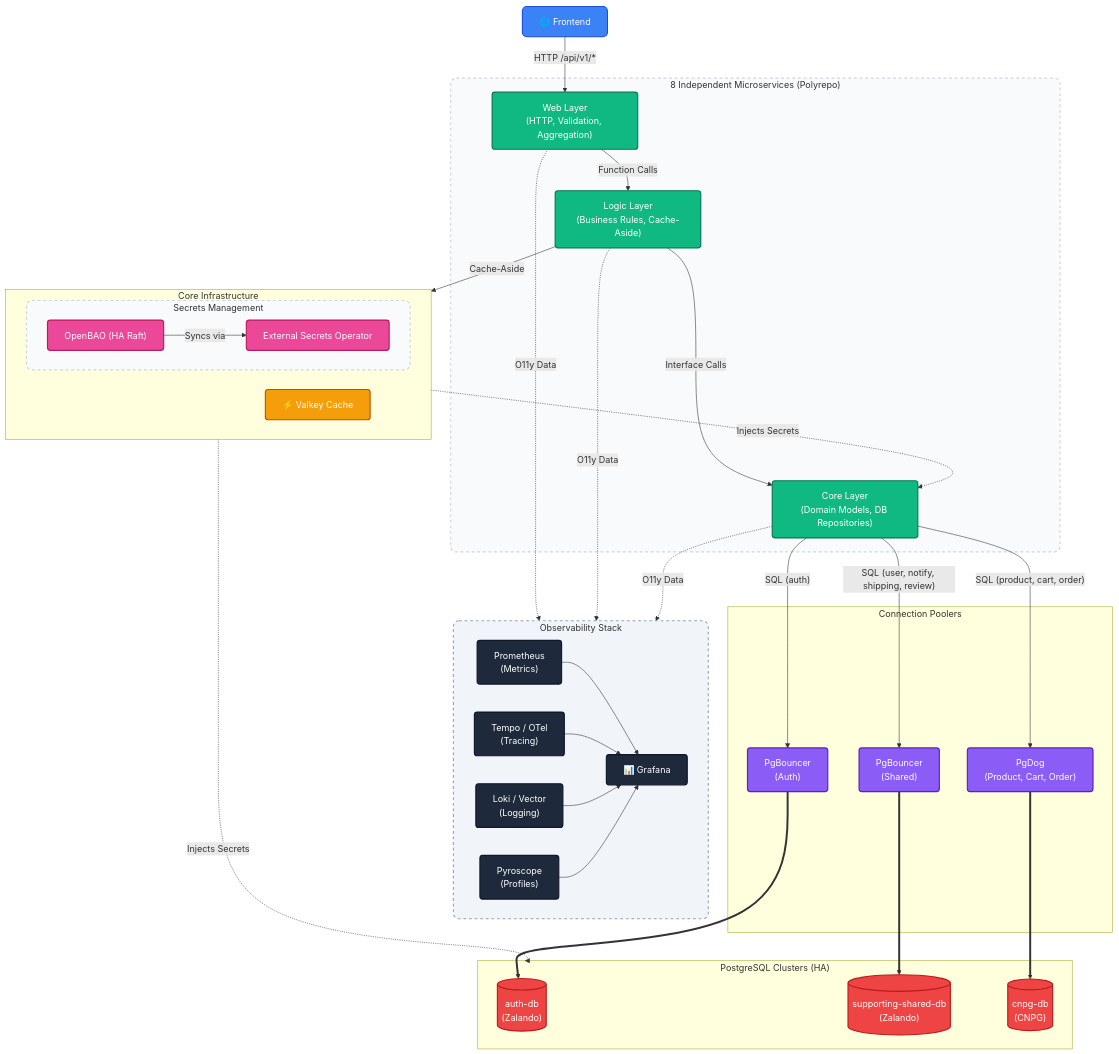
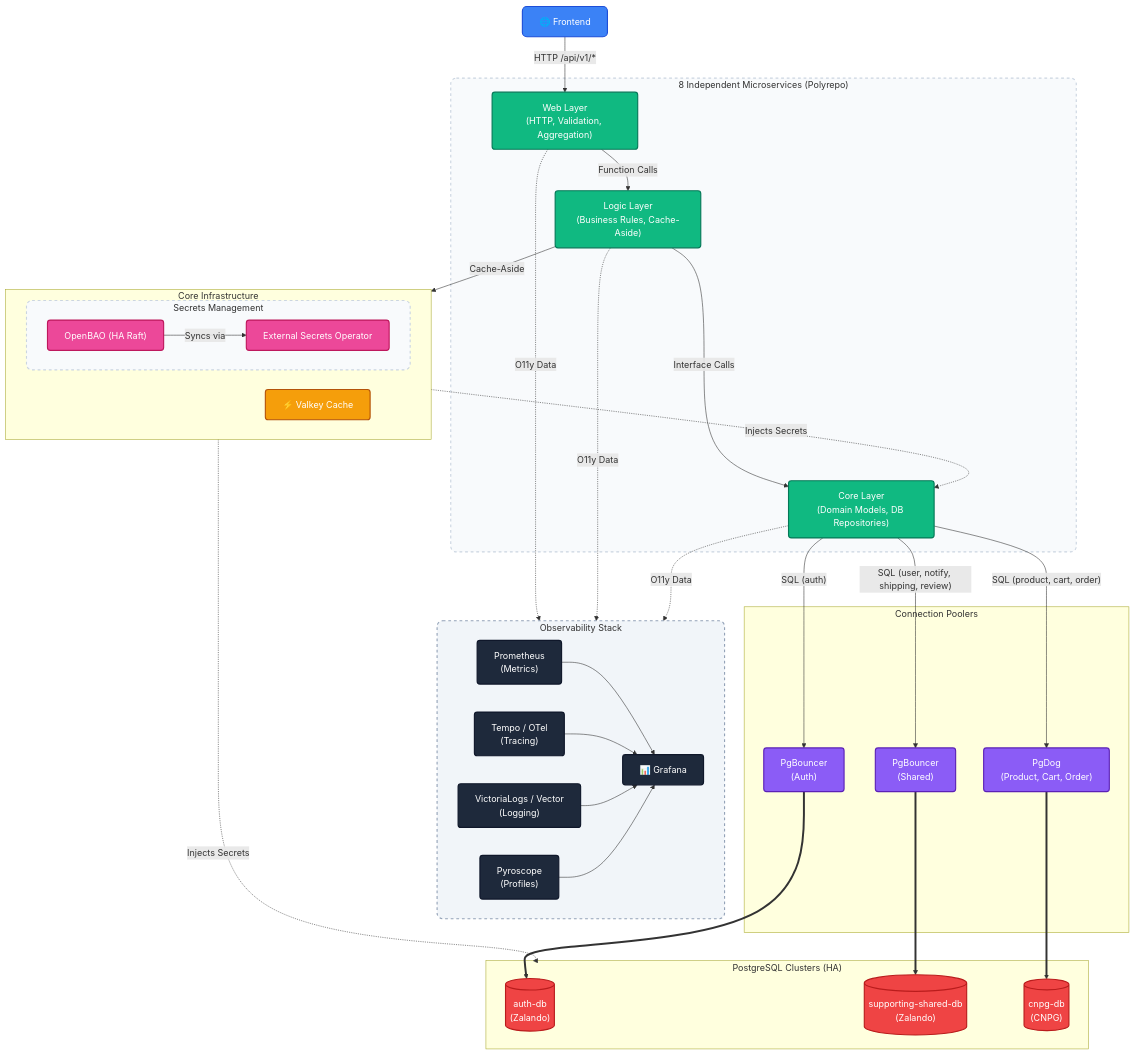
Before and after one commit to duynhlab/homelab: the diagram in README.md, drawn with Mermaid. The commit also changed other lines of this file and 56 other files, not shown here.

```diff
--- a/README.md
+++ b/README.md
@@ -60,11 +60,11 @@
         direction LR
         prom["Prometheus<br/>(Metrics)"]:::obs
         tempo["Tempo / OTel<br/>(Tracing)"]:::obs
-        loki["Loki / Vector<br/>(Logging)"]:::obs
+        vlogs["VictoriaLogs / Vector<br/>(Logging)"]:::obs
         pyro["Pyroscope<br/>(Profiles)"]:::obs
         grafana["📊 Grafana"]:::obs
         
-        prom & tempo & loki & pyro --> grafana
+        prom & tempo & vlogs & pyro --> grafana
     end
 
     %% Core Services Layer
```
